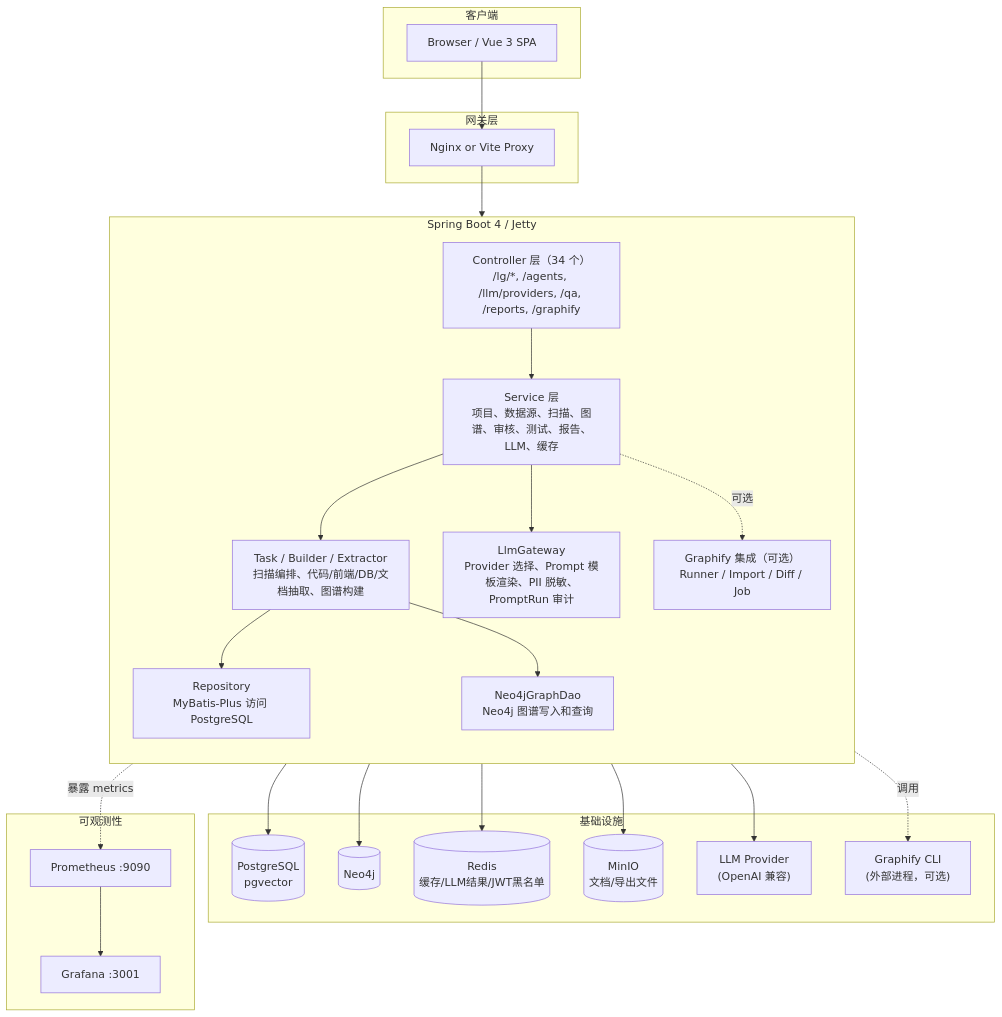
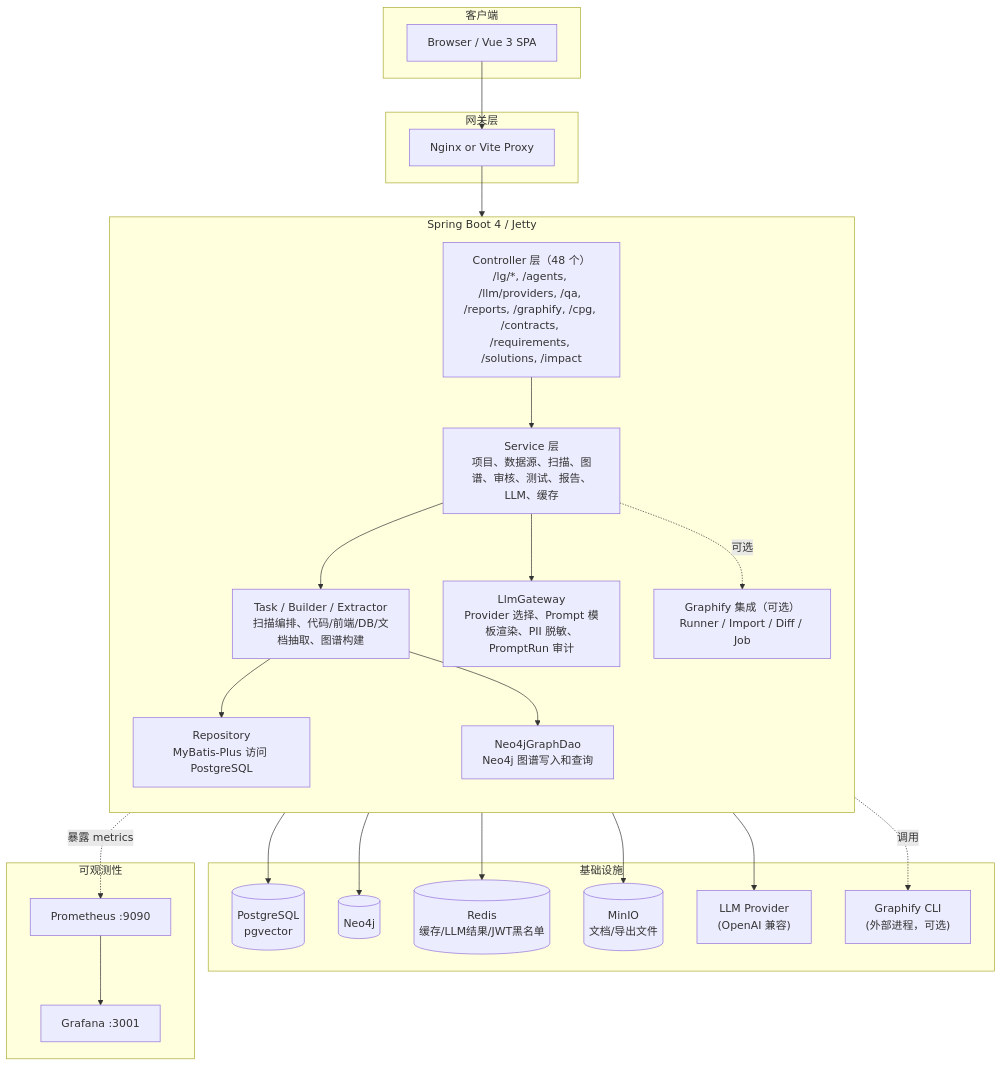
The first of 15 diagrams in doc/整体技术文档/架构设计文档.md (loveliunian/LegacyGraph), drawn with Mermaid before and after one commit. The commit also changed other lines of this file and 35 other files, not shown here.

````diff
--- a/doc/整体技术文档/架构设计文档.md
+++ b/doc/整体技术文档/架构设计文档.md
@@ -47,52 +49,52 @@
 ```mermaid
 graph TB
     subgraph "客户端"
         Browser["Browser / Vue 3 SPA"]
     end
 
     subgraph "网关层"
         Nginx["Nginx or Vite Proxy"]
     end
 
     subgraph "Spring Boot 4 / Jetty"
         direction TB
-        Controller["Controller 层（34 个）<br/>/lg/*, /agents, /llm/providers, /qa, /reports, /graphify"]
+        Controller["Controller 层（48 个）<br/>/lg/*, /agents, /llm/providers, /qa, /reports, /graphify, /cpg, /contracts, /requirements, /solutions, /impact"]
         Service["Service 层<br/>项目、数据源、扫描、图谱、审核、测试、报告、LLM、缓存"]
         Task["Task / Builder / Extractor<br/>扫描编排、代码/前端/DB/文档抽取、图谱构建"]
         Graphify["Graphify 集成（可选）<br/>Runner / Import / Diff / Job"]
         Repository["Repository<br/>MyBatis-Plus 访问 PostgreSQL"]
         Neo4j["Neo4jGraphDao<br/>Neo4j 图谱写入和查询"]
         Llm["LlmGateway<br/>Provider 选择、Prompt 模板渲染、PII 脱敏、PromptRun 审计"]
     end
 
     subgraph "基础设施"
         PG[("PostgreSQL<br/>pgvector")]
         Neo4jDB[("Neo4j")]
         Redis[("Redis<br/>缓存/LLM结果/JWT黑名单")]
         MinIO[("MinIO<br/>文档/导出文件")]
         LLMExt["LLM Provider<br/>(OpenAI 兼容)"]
         GraphifyCli["Graphify CLI<br/>(外部进程，可选)"]
     end
 
     subgraph "可观测性"
         Prom["Prometheus :9090"]
         Graf["Grafana :3001"]
     end
 
     Browser --> Nginx
     Nginx --> Controller
     Controller --> Service
     Service --> Task
     Task --> Repository
     Task --> Neo4j
     Service --> Llm
     Service -.可选.-> Graphify
     Graphify -.调用.-> GraphifyCli
     Repository --> PG
     Neo4j --> Neo4jDB
     Llm --> Redis
     Llm --> LLMExt
     Service --> MinIO
     Controller -.暴露 metrics.-> Prom
     Prom --> Graf
 ```
````
